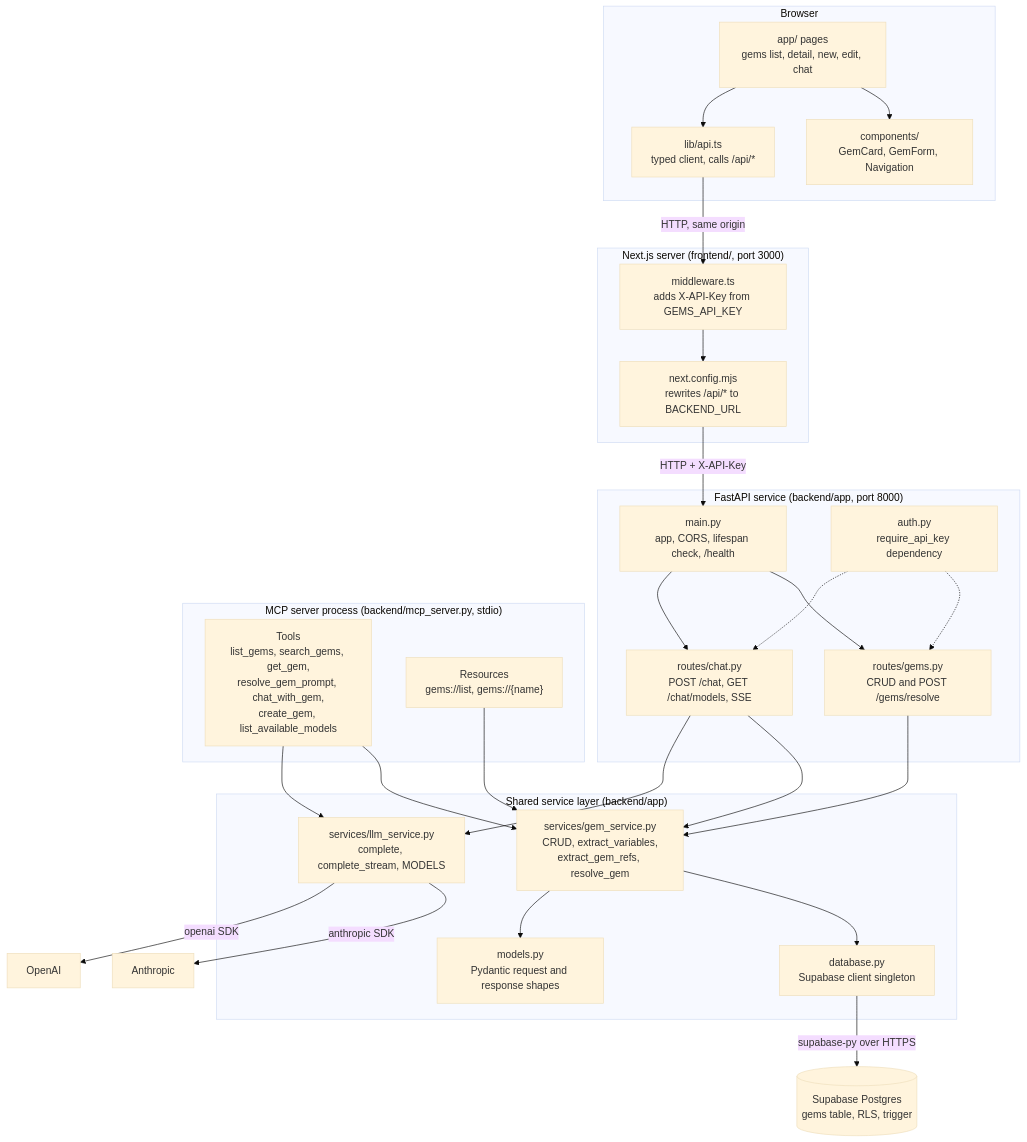
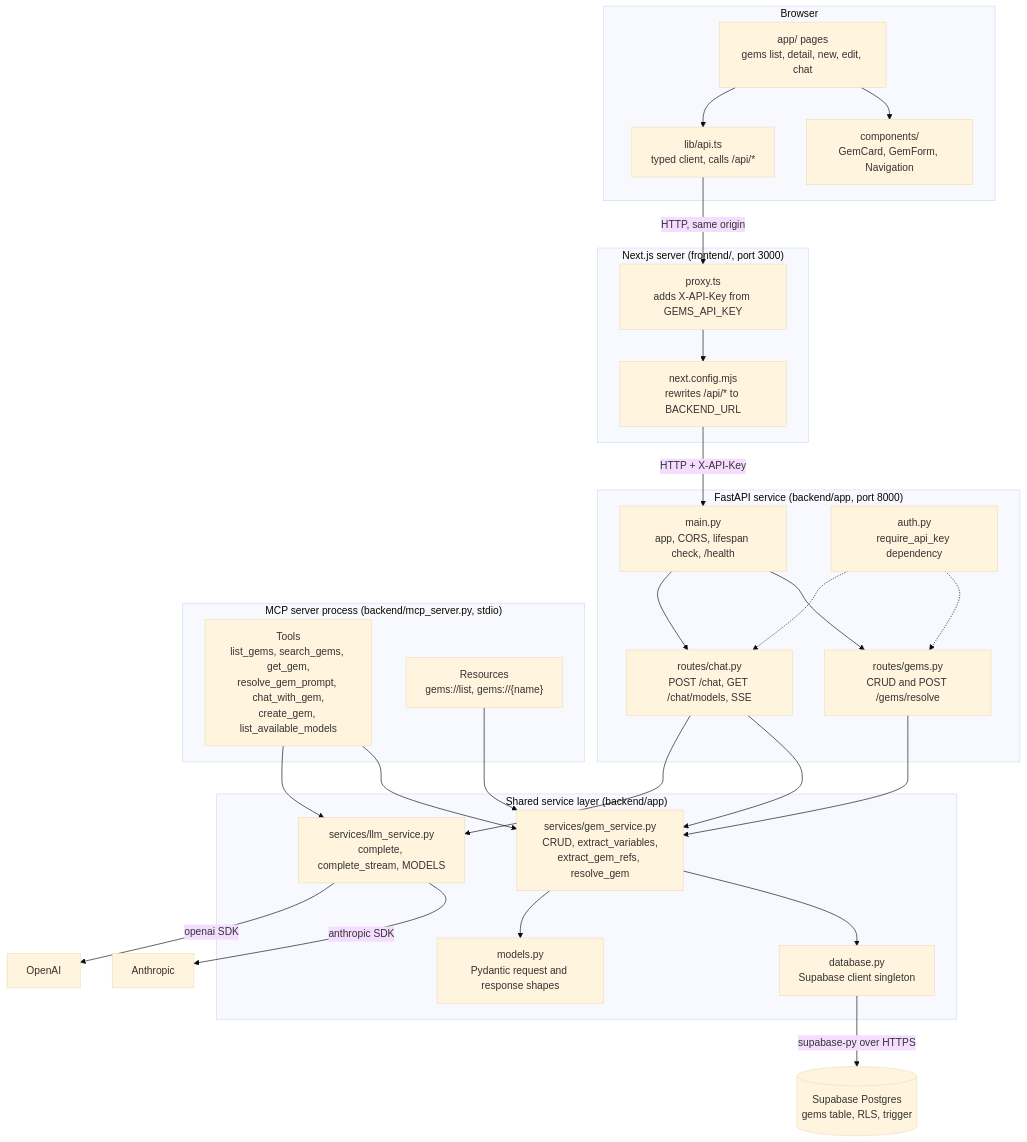
The second of 9 diagrams in ARCHITECTURE.md (poyfather/gemsAPI), drawn with Mermaid (base theme) before and after one commit. The commit also changed other lines of this file and 14 other files, not shown here.

First line of the commit message:
Move the frontend to Next.js 16 and React 19 (roadmap item 7) (#27)

````diff
--- a/ARCHITECTURE.md
+++ b/ARCHITECTURE.md
@@ -53,57 +53,57 @@
 ```mermaid
 flowchart TB
     subgraph browser["Browser"]
         PAGES["app/ pages<br/>gems list, detail, new, edit, chat"]
         COMPS["components/<br/>GemCard, GemForm, Navigation"]
         APITS["lib/api.ts<br/>typed client, calls /api/*"]
         PAGES --> COMPS
         PAGES --> APITS
     end
 
     subgraph nextsrv["Next.js server (frontend/, port 3000)"]
-        MW["middleware.ts<br/>adds X-API-Key from GEMS_API_KEY"]
+        MW["proxy.ts<br/>adds X-API-Key from GEMS_API_KEY"]
         RW["next.config.mjs<br/>rewrites /api/* to BACKEND_URL"]
         MW --> RW
     end
 
     subgraph fastapi["FastAPI service (backend/app, port 8000)"]
         MAIN["main.py<br/>app, CORS, lifespan check, /health"]
         AUTH["auth.py<br/>require_api_key dependency"]
         RG["routes/gems.py<br/>CRUD and POST /gems/resolve"]
         RC["routes/chat.py<br/>POST /chat, GET /chat/models, SSE"]
         MAIN --> RG
         MAIN --> RC
         AUTH -.-> RG
         AUTH -.-> RC
     end
 
     subgraph mcpproc["MCP server process (backend/mcp_server.py, stdio)"]
         TOOLS["Tools<br/>list_gems, search_gems, get_gem,<br/>resolve_gem_prompt, chat_with_gem,<br/>create_gem, list_available_models"]
         RSRC["Resources<br/>gems://list, gems://{name}"]
     end
 
     subgraph services["Shared service layer (backend/app)"]
         GS["services/gem_service.py<br/>CRUD, extract_variables,<br/>extract_gem_refs, resolve_gem"]
         LS["services/llm_service.py<br/>complete, complete_stream, MODELS"]
         MODELS["models.py<br/>Pydantic request and response shapes"]
         DBPY["database.py<br/>Supabase client singleton"]
         GS --> DBPY
         GS --> MODELS
     end
 
     SUPA[("Supabase Postgres<br/>gems table, RLS, trigger")]
     ANT["Anthropic"]
     OAI["OpenAI"]
 
     APITS -- "HTTP, same origin" --> MW
     RW -- "HTTP + X-API-Key" --> MAIN
     RG --> GS
     RC --> GS
     RC --> LS
     TOOLS --> GS
     TOOLS --> LS
     RSRC --> GS
     DBPY -- "supabase-py over HTTPS" --> SUPA
     LS -- "anthropic SDK" --> ANT
     LS -- "openai SDK" --> OAI
 ```
````
